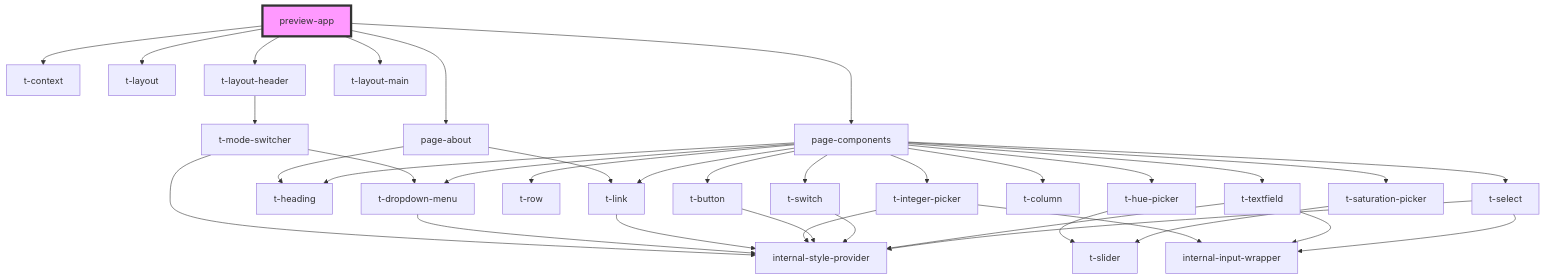
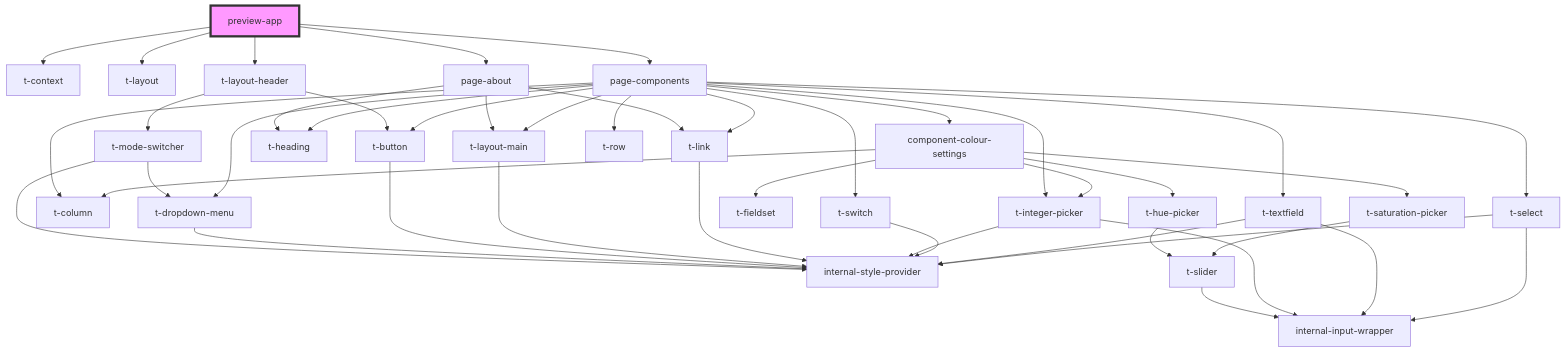
One commit to TomasEng/web-components changed the diagram in packages/stencil/src/preview-app/readme.md. Above: the diagram before and after it, drawn with Mermaid. The commit also changed other lines of this file and 19 other files, not shown here.

````diff
--- a/packages/stencil/src/preview-app/readme.md
+++ b/packages/stencil/src/preview-app/readme.md
@@ -20,39 +19,47 @@
 ```mermaid
 graph TD;
   preview-app --> t-context
   preview-app --> t-layout
   preview-app --> t-layout-header
-  preview-app --> t-layout-main
   preview-app --> page-about
   preview-app --> page-components
   t-layout-header --> t-mode-switcher
+  t-layout-header --> t-button
   t-mode-switcher --> internal-style-provider
   t-mode-switcher --> t-dropdown-menu
   t-dropdown-menu --> internal-style-provider
+  t-button --> internal-style-provider
+  page-about --> t-layout-main
   page-about --> t-heading
   page-about --> t-link
+  t-layout-main --> internal-style-provider
   t-link --> internal-style-provider
+  page-components --> t-layout-main
+  page-components --> component-colour-settings
   page-components --> t-heading
-  page-components --> t-row
-  page-components --> t-hue-picker
-  page-components --> t-saturation-picker
-  page-components --> t-integer-picker
   page-components --> t-button
   page-components --> t-column
   page-components --> t-switch
+  page-components --> t-integer-picker
   page-components --> t-textfield
   page-components --> t-select
   page-components --> t-dropdown-menu
   page-components --> t-link
+  page-components --> t-row
+  component-colour-settings --> t-fieldset
+  component-colour-settings --> t-column
+  component-colour-settings --> t-hue-picker
+  component-colour-settings --> t-saturation-picker
+  component-colour-settings --> t-integer-picker
   t-hue-picker --> t-slider
+  t-slider --> internal-input-wrapper
   t-saturation-picker --> t-slider
   t-integer-picker --> internal-style-provider
   t-integer-picker --> internal-input-wrapper
-  t-button --> internal-style-provider
   t-switch --> internal-style-provider
   t-textfield --> internal-style-provider
   t-textfield --> internal-input-wrapper
   t-select --> internal-style-provider
   t-select --> internal-input-wrapper
   style preview-app fill:#f9f,stroke:#333,stroke-width:4px
 ```
````
